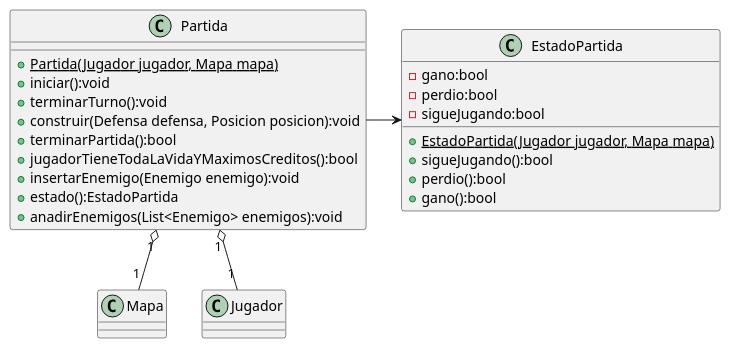
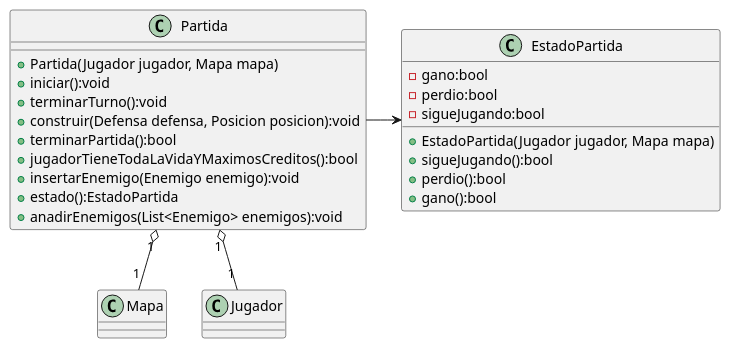
The diagram in diagrams/classes/Ent2/partida.plantuml (lucas96will/algo3_tp2_fiuba), drawn with PlantUML before and after one commit. The commit also changed 7 other files, not shown here.

Commit message:
Primera leida a los diagramas de clase

```diff
--- a/diagrams/classes/Ent2/partida.plantuml
+++ b/diagrams/classes/Ent2/partida.plantuml
@@ -1,31 +1,31 @@
 @startuml
 
 class Partida {
-    {static}+Partida(Jugador jugador, Mapa mapa)
+    +Partida(Jugador jugador, Mapa mapa)
     +iniciar():void
     +terminarTurno():void
     +construir(Defensa defensa, Posicion posicion):void
     +terminarPartida():bool
     +jugadorTieneTodaLaVidaYMaximosCreditos():bool
     +insertarEnemigo(Enemigo enemigo):void
     +estado():EstadoPartida
     +anadirEnemigos(List<Enemigo> enemigos):void
 }
 
 class EstadoPartida {
     -gano:bool
     -perdio:bool
     -sigueJugando:bool
-    {static}+EstadoPartida(Jugador jugador, Mapa mapa)
+    +EstadoPartida(Jugador jugador, Mapa mapa)
     +sigueJugando():bool
     +perdio():bool
     +gano():bool
 }
 
 
 Partida -> EstadoPartida
 Partida "1" o-- "1" Mapa
 Partida "1" o-- "1" Jugador
 
 
 @enduml
```
